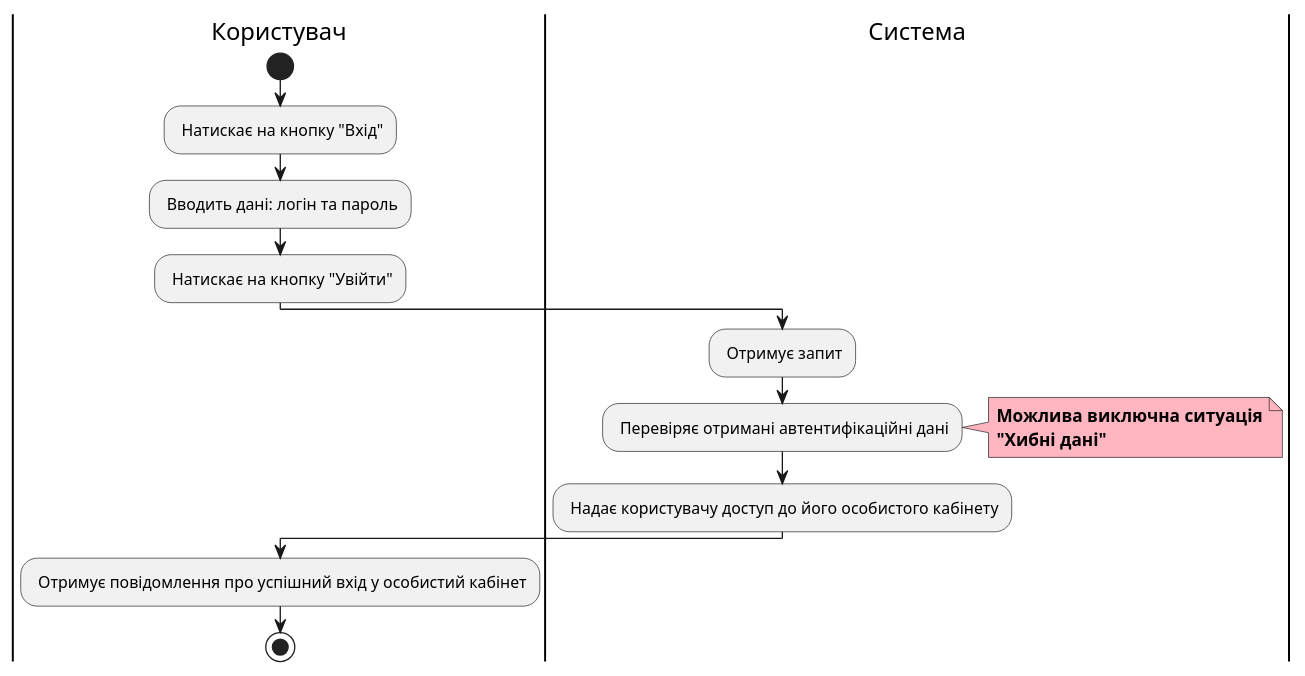
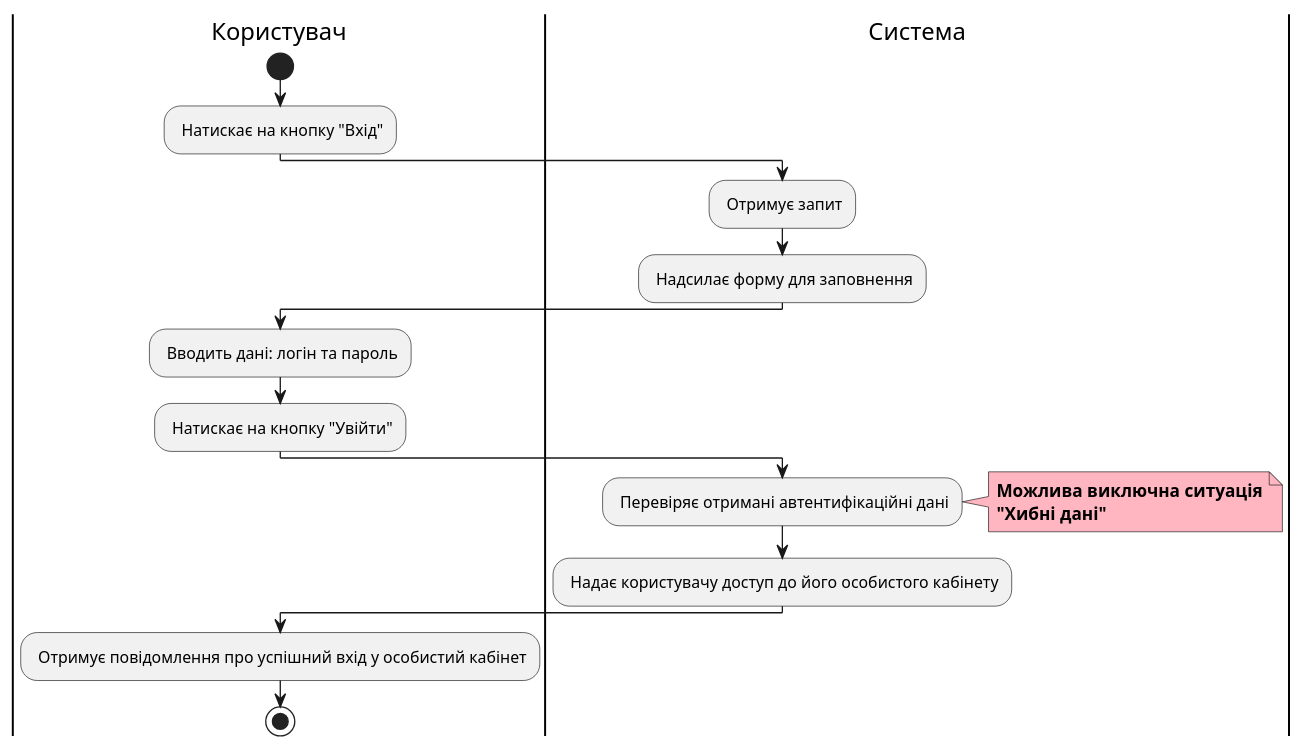
Before and after one commit to kujo205/db_labs: the sixth of 12 diagrams in docs/use cases/README.md, drawn with PlantUML. The commit also changed other lines of this file and 1 other file, not shown here.

```diff
--- a/docs/use cases/README.md
+++ b/docs/use cases/README.md
@@ -215,23 +215,27 @@
 @startuml
 
   |Користувач|
   start
   : Натискає на кнопку "Вхід";
+
+  |Система|
+  : Отримує запит;
+  : Надсилає форму для заповнення;
+
+  |Користувач|
   : Вводить дані: логін та пароль;
   : Натискає на кнопку "Увійти";
 
-
   |Система|
-  : Отримує запит;
   : Перевіряє отримані автентифікаційні дані;
     note right #lightpink
       <b>Можлива виключна ситуація</b>
       <b>"Хибні дані"</b>
     end note
   : Надає користувачу доступ до його особистого кабінету;
 
   |Користувач|
   : Отримує повідомлення про успішний вхід у особистий кабінет;
   stop
 
 @enduml
```
